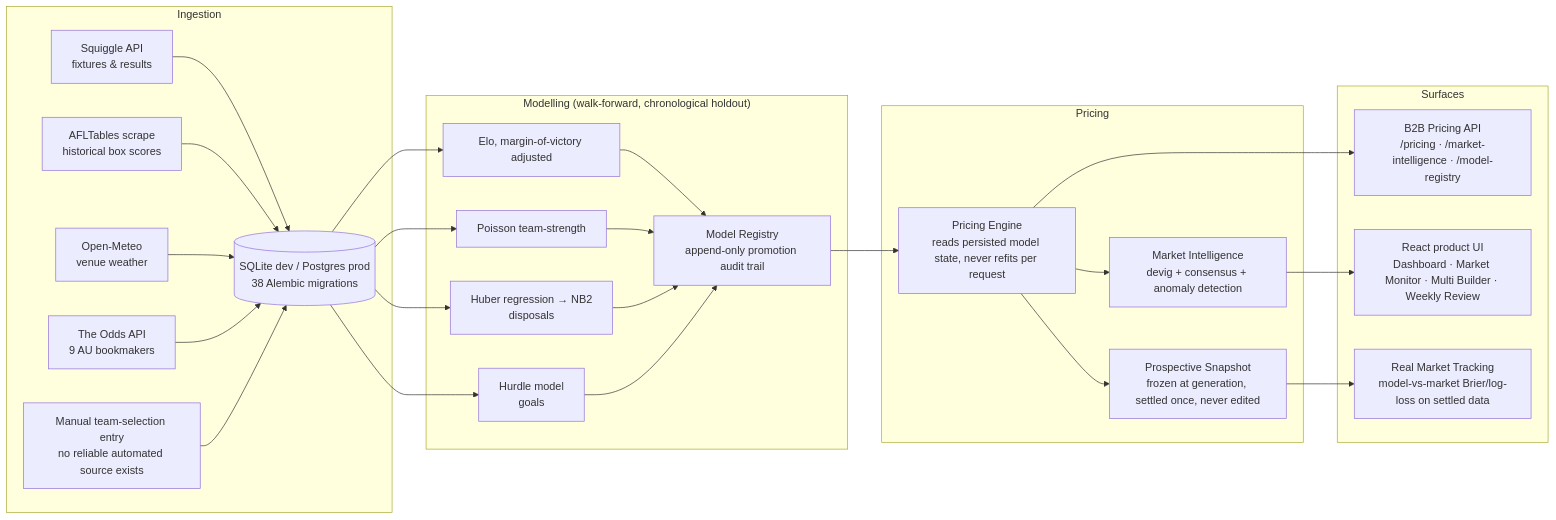
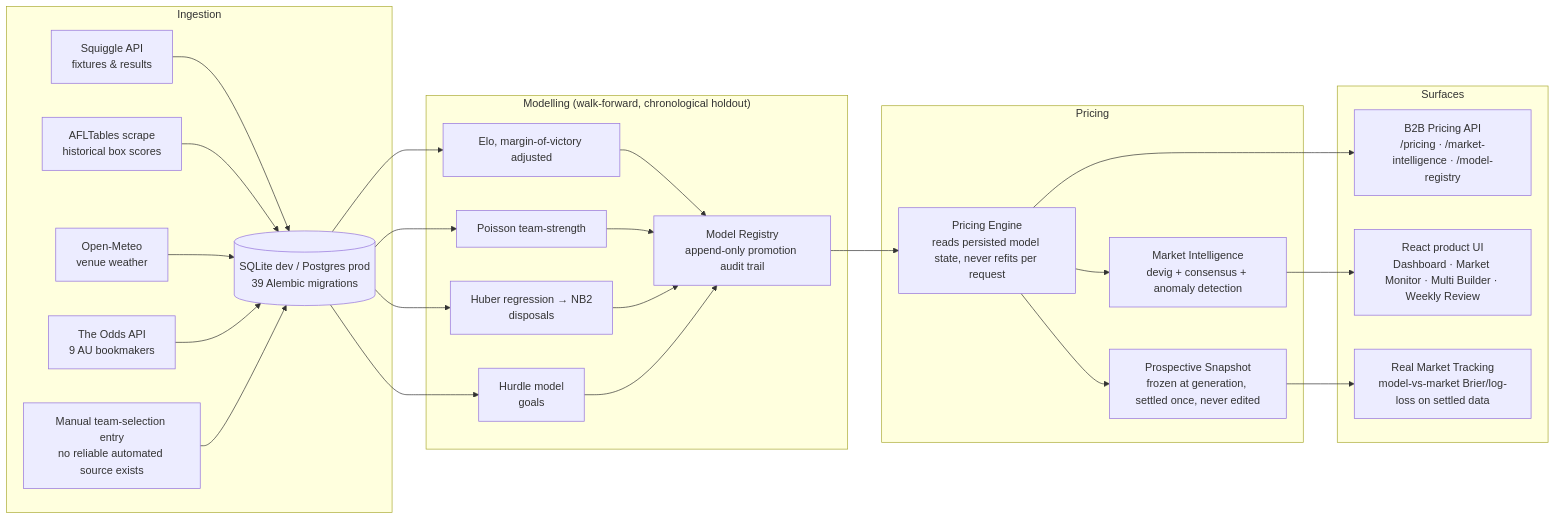
One commit to srat0029-ui/AFL changed the diagram in README.md. Above: the diagram before and after it, drawn with Mermaid. The commit also changed other lines of this file and 14 other files, not shown here.

````diff
--- a/README.md
+++ b/README.md
@@ -35,27 +35,27 @@
 ```mermaid
 flowchart LR
     subgraph Ingestion
-        SQ[Squiggle API<br/>fixtures & results] --> DB[(SQLite dev / Postgres prod<br/>38 Alembic migrations)]
+        SQ[Squiggle API<br/>fixtures & results] --> DB[(SQLite dev / Postgres prod<br/>39 Alembic migrations)]
         AT[AFLTables scrape<br/>historical box scores] --> DB
         OM[Open-Meteo<br/>venue weather] --> DB
         OA[The Odds API<br/>9 AU bookmakers] --> DB
         TS[Manual team-selection entry<br/>no reliable automated source exists] --> DB
     end
     subgraph Modelling["Modelling (walk-forward, chronological holdout)"]
         DB --> ELO[Elo, margin-of-victory adjusted]
         DB --> POIS[Poisson team-strength]
         DB --> HUB[Huber regression → NB2<br/>disposals]
         DB --> HUR[Hurdle model<br/>goals]
         ELO & POIS & HUB & HUR --> REG[Model Registry<br/>append-only promotion audit trail]
     end
     subgraph Pricing
         REG --> PE[Pricing Engine<br/>reads persisted model state, never refits per request]
         PE --> MI[Market Intelligence<br/>devig + consensus + anomaly detection]
         PE --> SNAP[Prospective Snapshot<br/>frozen at generation, settled once, never edited]
     end
     subgraph Surfaces
         PE --> API[B2B Pricing API<br/>/pricing · /market-intelligence · /model-registry]
         MI --> UI[React product UI<br/>Dashboard · Market Monitor · Multi Builder · Weekly Review]
         SNAP --> TRACK[Real Market Tracking<br/>model-vs-market Brier/log-loss on settled data]
     end
 ```
````
